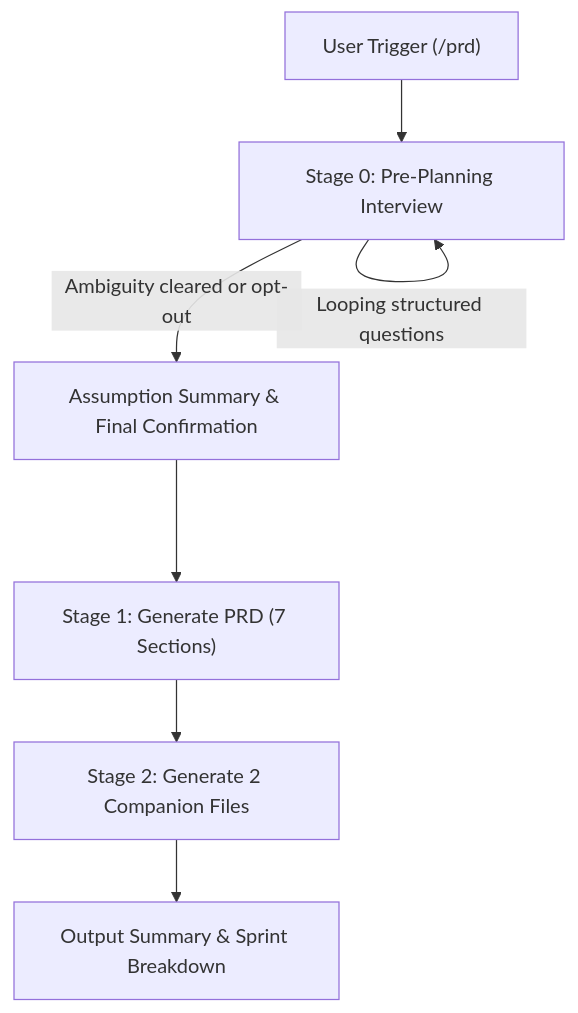
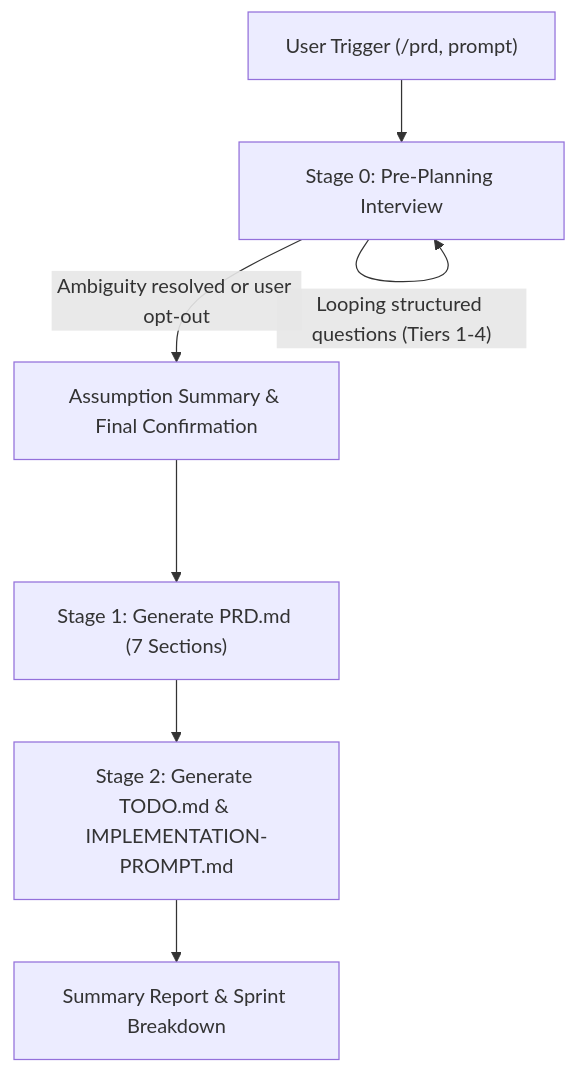
The diagram in README.md (Badroel07/PRD-Generator), drawn with Mermaid before and after one commit. The commit also changed other lines of this file and 1 other file, not shown here.

````diff
--- a/README.md
+++ b/README.md
@@ -38,9 +36,9 @@
 ```mermaid
 graph TD
-    A["User Trigger (/prd)"] --> B["Stage 0: Pre-Planning Interview"]
-    B -->|"Looping structured questions"| B
-    B -->|"Ambiguity cleared or opt-out"| C["Assumption Summary & Final Confirmation"]
-    C --> D["Stage 1: Generate PRD (7 Sections)"]
-    D --> E["Stage 2: Generate 2 Companion Files"]
-    E --> F["Output Summary & Sprint Breakdown"]
+    A["User Trigger (/prd, prompt)"] --> B["Stage 0: Pre-Planning Interview"]
+    B -->|"Looping structured questions (Tiers 1-4)"| B
+    B -->|"Ambiguity resolved or user opt-out"| C["Assumption Summary & Final Confirmation"]
+    C --> D["Stage 1: Generate PRD.md (7 Sections)"]
+    D --> E["Stage 2: Generate TODO.md & IMPLEMENTATION-PROMPT.md"]
+    E --> F["Summary Report & Sprint Breakdown"]
 ```
````
